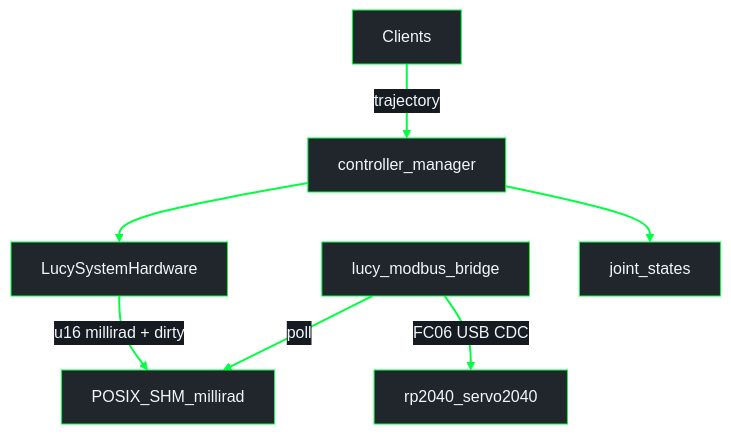
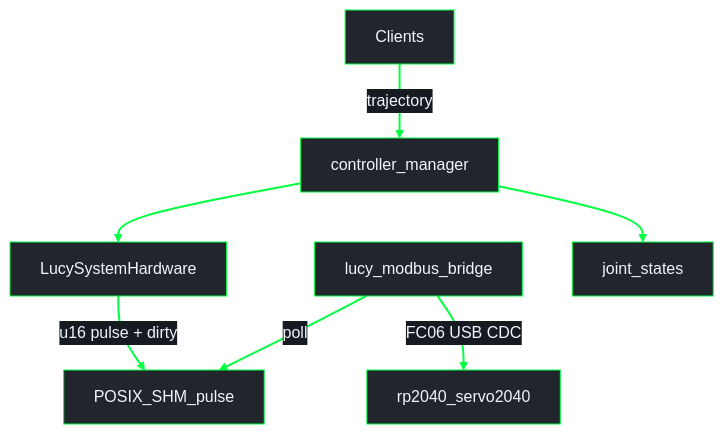
Before and after one commit to Lucy-Robotics/lucy_ros_packages: the second of 2 diagrams in docs/architecture/pipeline_shm.md, drawn with Mermaid. The commit also changed other lines of this file and 5 other files, not shown here.

Commit message:
evol(architecture): document Modbus SHM as pulse, not millirad

````diff
--- a/docs/architecture/pipeline_shm.md
+++ b/docs/architecture/pipeline_shm.md
@@ -46,19 +46,19 @@
 ```mermaid
 %%{init: {"theme": "base", "themeVariables": {"darkMode": true, "background": "#0d1117", "mainBkg": "#21262d", "primaryColor": "#21262d", "primaryTextColor": "#f0f6fc", "primaryBorderColor": "#00FF41", "secondaryColor": "#161b22", "secondaryTextColor": "#f0f6fc", "secondaryBorderColor": "#00FF41", "tertiaryColor": "#161b22", "tertiaryTextColor": "#f0f6fc", "tertiaryBorderColor": "#00FF41", "lineColor": "#00FF41", "textColor": "#f0f6fc", "nodeTextColor": "#f0f6fc", "edgeLabelBackground": "#161b22", "clusterBkg": "#0d1117", "clusterBorder": "#00FF41", "titleColor": "#f0f6fc"}}}%%
 flowchart TB
   Clients["Clients"]
   CM["controller_manager"]
   HI["LucySystemHardware"]
-  SHM["POSIX_SHM_millirad"]
+  SHM["POSIX_SHM_pulse"]
   Bridge["lucy_modbus_bridge"]
   FW["rp2040_servo2040"]
   JS["joint_states"]
 
   Clients -->|"trajectory"| CM
   CM --> HI
   CM --> JS
-  HI -->|"u16 millirad + dirty"| SHM
+  HI -->|"u16 pulse + dirty"| SHM
   Bridge -->|"poll"| SHM
   Bridge -->|"FC06 USB CDC"| FW
   linkStyle default stroke:#00FF41,stroke-width:2px
 ```
````
